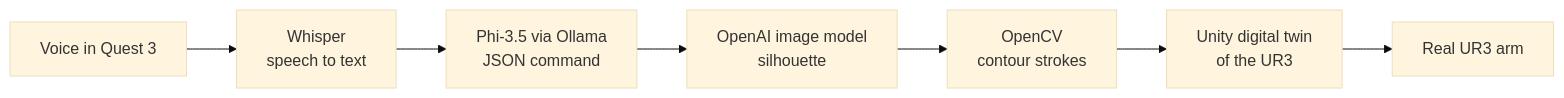
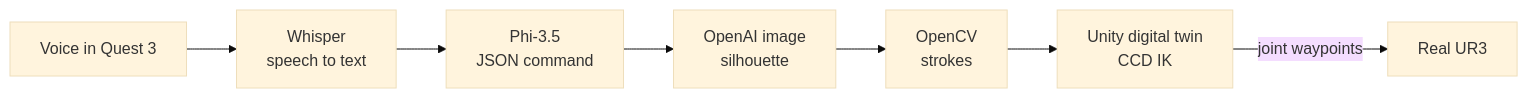
Before and after one commit to HaiAvila/voice-drawing-robot: the diagram in README.md, drawn with Mermaid (base theme). The commit also changed other lines of this file, not shown here.

First line of the commit message:
README: describe the Unity app, CCD IK, and joint-space robot motion

````diff
--- a/README.md
+++ b/README.md
@@ -18,9 +19,9 @@
 ```mermaid
 flowchart LR
     A[Voice in Quest 3] --> B[Whisper<br/>speech to text]
-    B --> C[Phi-3.5 via Ollama<br/>JSON command]
-    C --> D[OpenAI image model<br/>silhouette]
-    D --> E[OpenCV<br/>contour strokes]
-    E --> F[Unity digital twin<br/>of the UR3]
-    F --> G[Real UR3 arm]
+    B --> C[Phi-3.5<br/>JSON command]
+    C --> D[OpenAI image<br/>silhouette]
+    D --> E[OpenCV<br/>strokes]
+    E --> F[Unity digital twin<br/>CCD IK]
+    F -->|joint waypoints| G[Real UR3]
 ```
````
